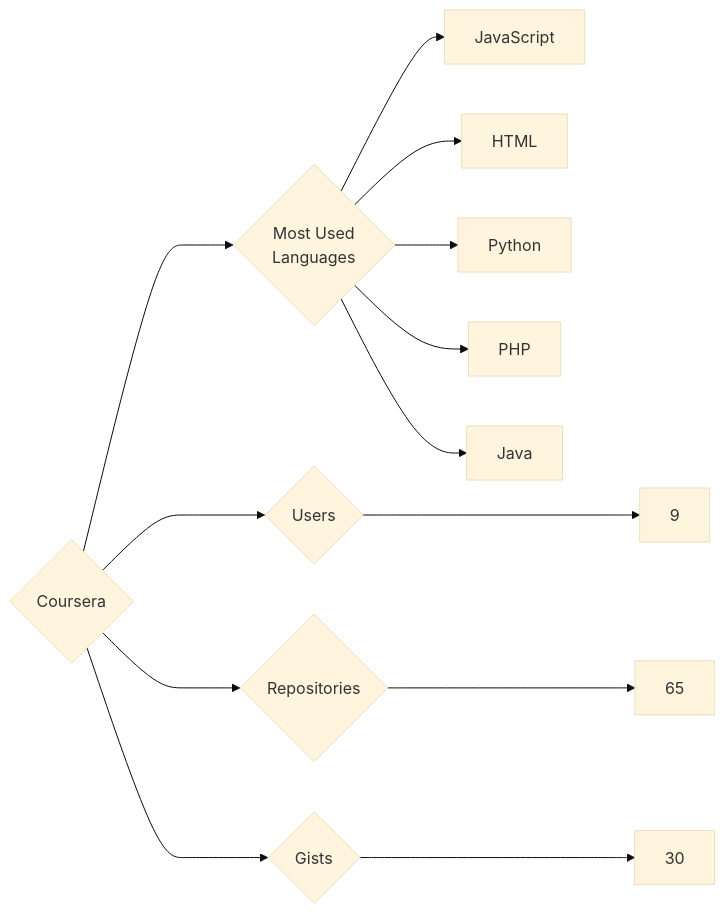
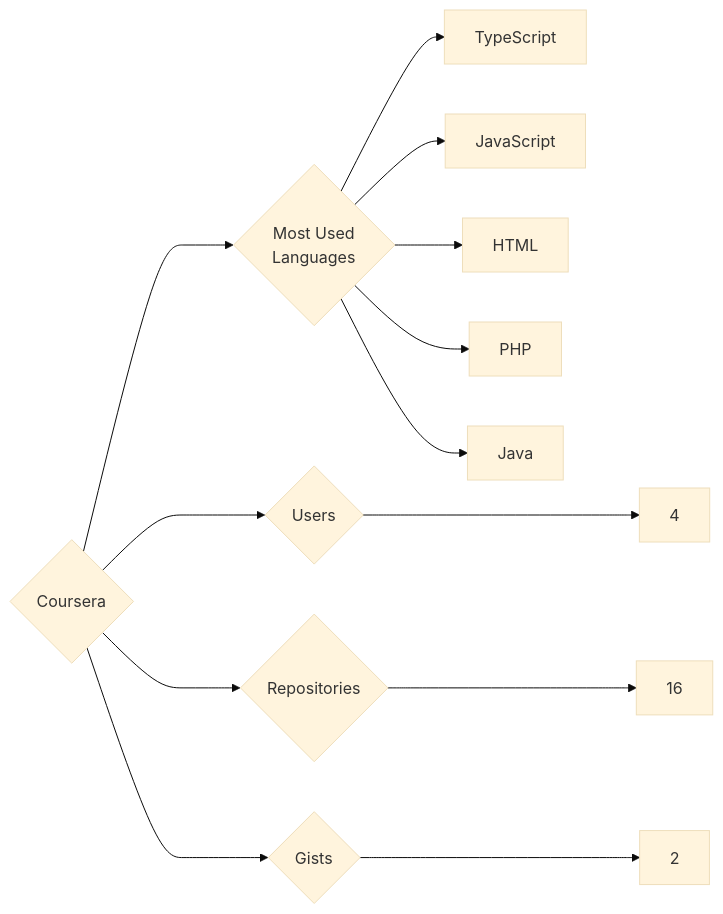
One commit to trickest/insiders changed the diagram in targets/Coursera/README.md. Above: the diagram before and after it, drawn with Mermaid (base theme). The commit also changed 988 other files, not shown here.

````diff
--- a/targets/Coursera/README.md
+++ b/targets/Coursera/README.md
@@ -3,13 +3,13 @@
 ```mermaid
 graph LR
 COMPANY_NAME{Coursera}
-COMPANY_NAME ---> U{Users} ---> UN[9]
-COMPANY_NAME ---> R{Repositories} ---> RN[65]
-COMPANY_NAME ---> G{Gists} ---> GN[30]
+COMPANY_NAME ---> U{Users} ---> UN[4]
+COMPANY_NAME ---> R{Repositories} ---> RN[16]
+COMPANY_NAME ---> G{Gists} ---> GN[2]
 COMPANY_NAME ---> ML{Most Used<br>Languages}
+ML --> TypeScript[TypeScript]
 ML --> JavaScript[JavaScript]
 ML --> HTML[HTML]
-ML --> Python[Python]
 ML --> PHP[PHP]
 ML --> Java[Java]
 ```
````
